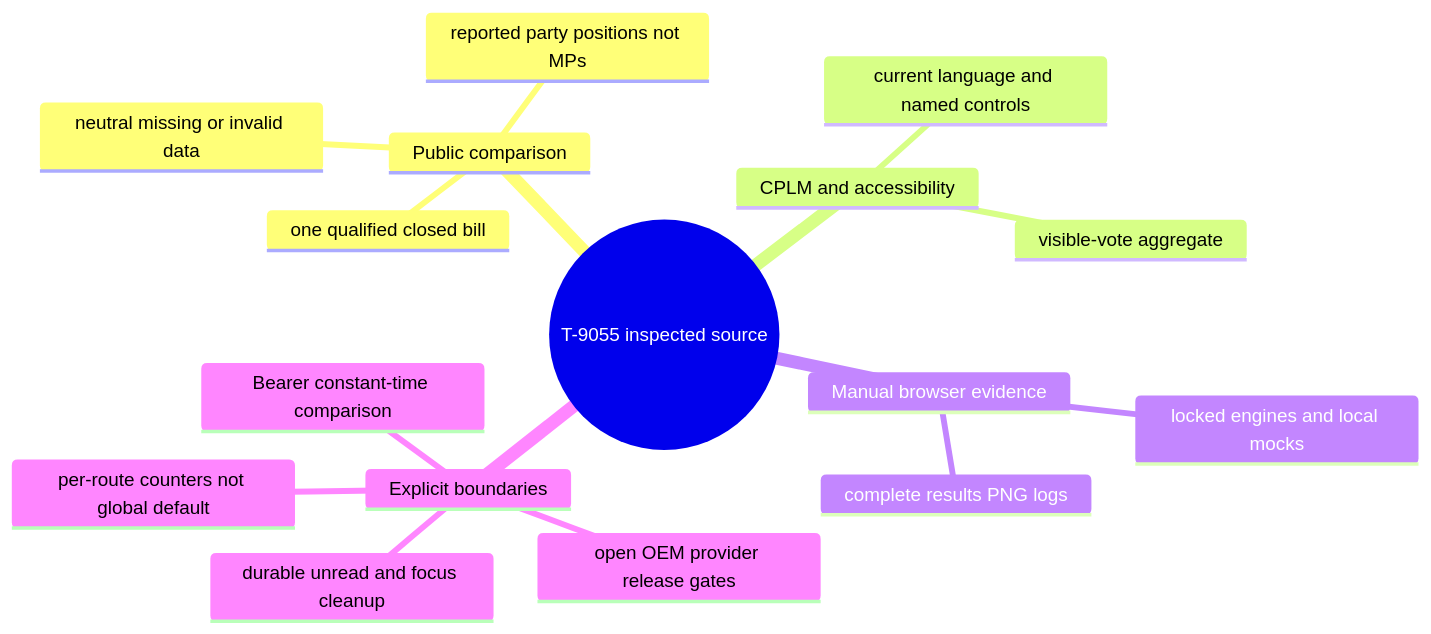
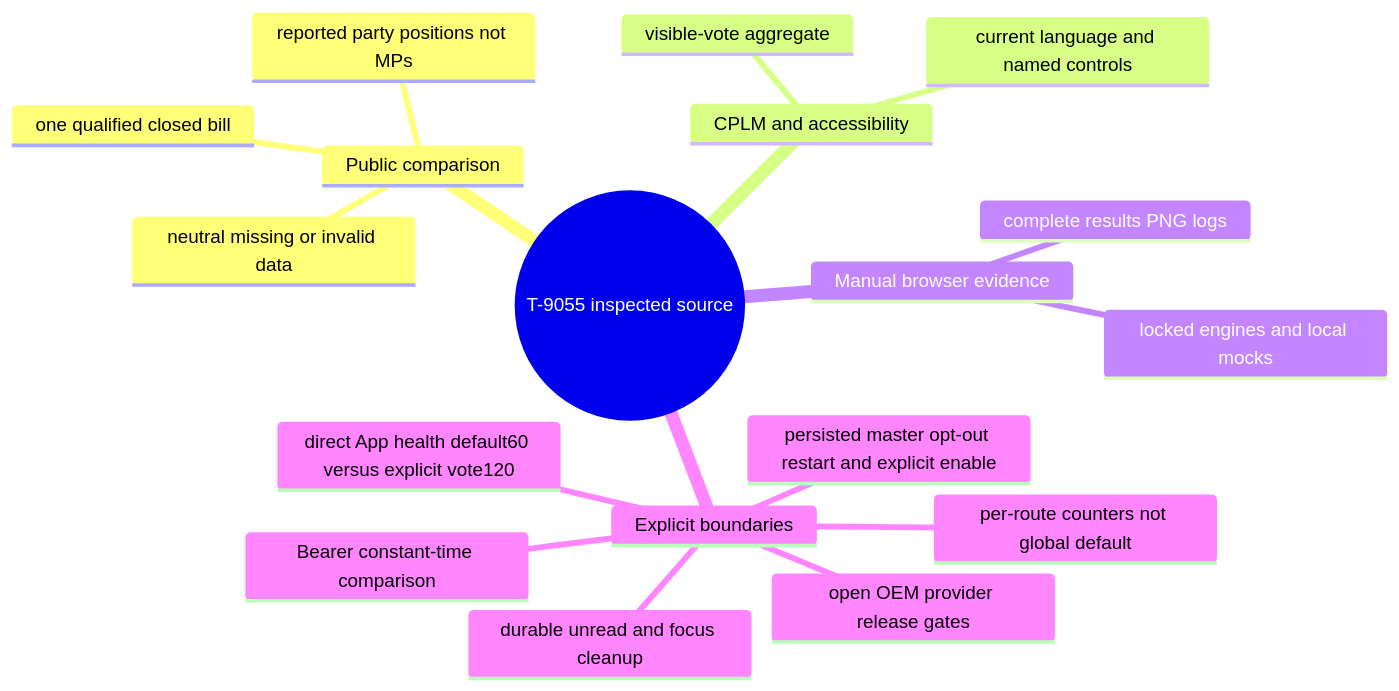
One commit to NeaBouli/pnyx changed diagram 18 of 18 in docs/architecture/MAP.md. Above: the diagram before and after it, drawn with Mermaid. The commit also changed other lines of this file and 3 other files, not shown here.

````diff
--- a/docs/architecture/MAP.md
+++ b/docs/architecture/MAP.md
@@ -2258,19 +2270,21 @@
 ```mermaid
 mindmap
   root((T-9055 inspected source))
     Public comparison
       one qualified closed bill
       reported party positions not MPs
       neutral missing or invalid data
     CPLM and accessibility
       visible-vote aggregate
       current language and named controls
     Manual browser evidence
       locked engines and local mocks
       complete results PNG logs
     Explicit boundaries
       Bearer constant-time comparison
       per-route counters not global default
+      direct App health default60 versus explicit vote120
       durable unread and focus cleanup
+      persisted master opt-out restart and explicit enable
       open OEM provider release gates
 ```
````
